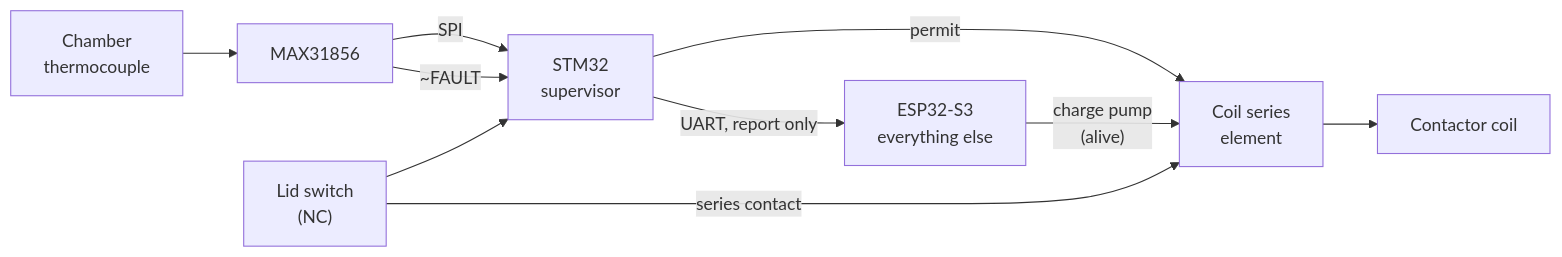
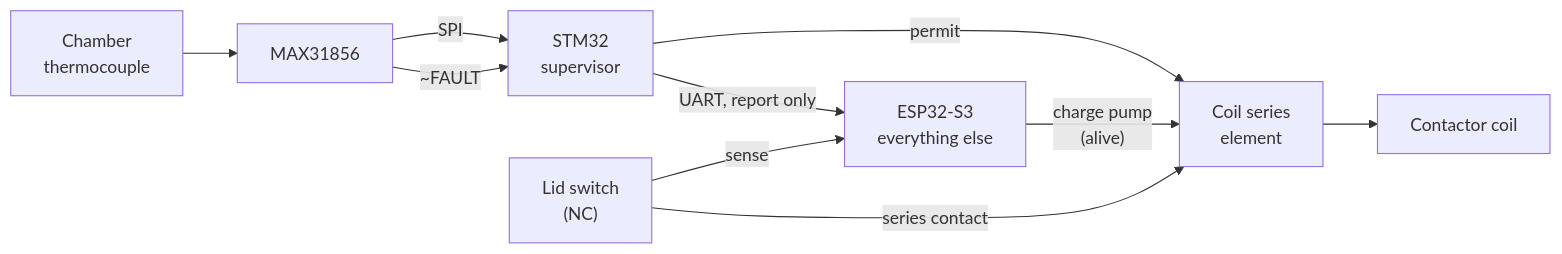
One commit to bitcrushtesting/SafeKilnController changed the diagram in docs/safety-supervisor.md. Above: the diagram before and after it, drawn with Mermaid. The commit also changed other lines of this file and 8 other files, not shown here.

````diff
--- a/docs/safety-supervisor.md
+++ b/docs/safety-supervisor.md
@@ -45,12 +45,12 @@
 ```mermaid
 flowchart LR
     TC["Chamber<br/>thermocouple"] --> FE["MAX31856"]
     FE -- "SPI" --> SUP["STM32<br/>supervisor"]
     FE -- "~FAULT" --> SUP
-    LID["Lid switch<br/>(NC)"] --> SUP
     SUP -- "UART, report only" --> ESP["ESP32-S3<br/>everything else"]
+    LID["Lid switch<br/>(NC)"] -- "sense" --> ESP
     SUP -- "permit" --> CHAIN["Coil series<br/>element"]
     ESP -- "charge pump<br/>(alive)" --> CHAIN
     LID -- "series contact" --> CHAIN
     CHAIN --> COIL["Contactor coil"]
 ```
````
